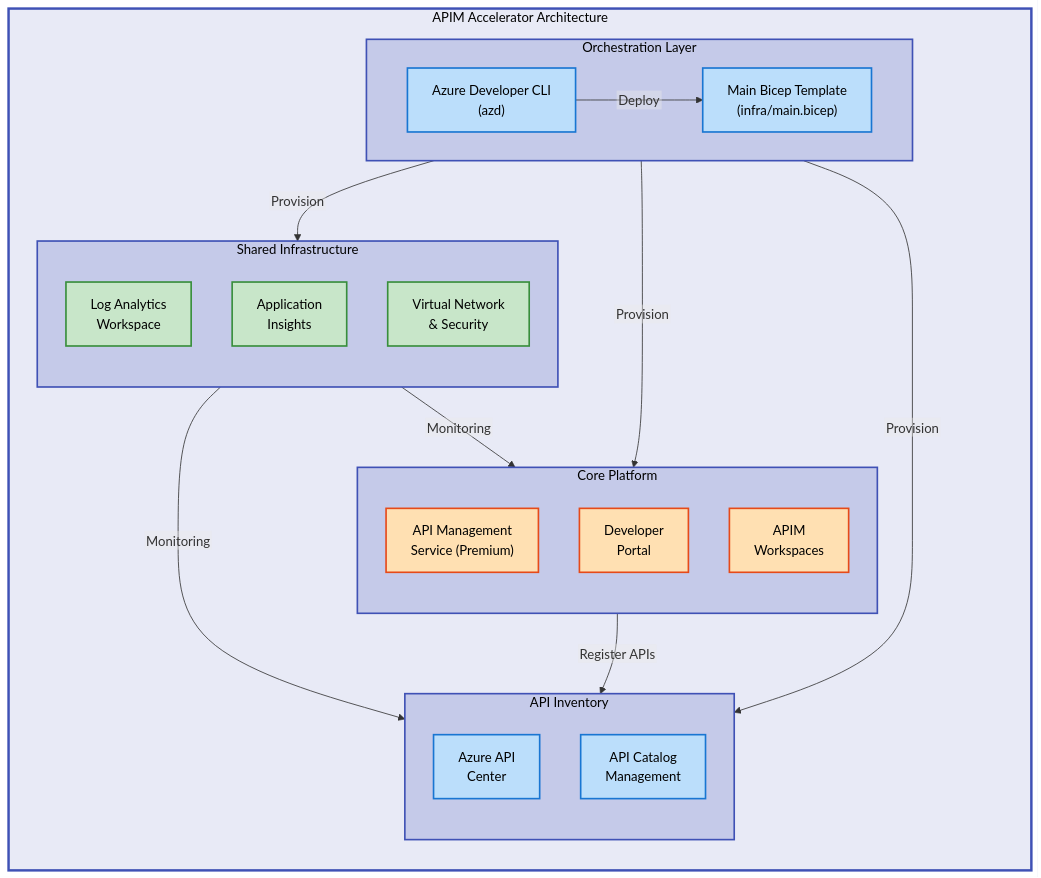
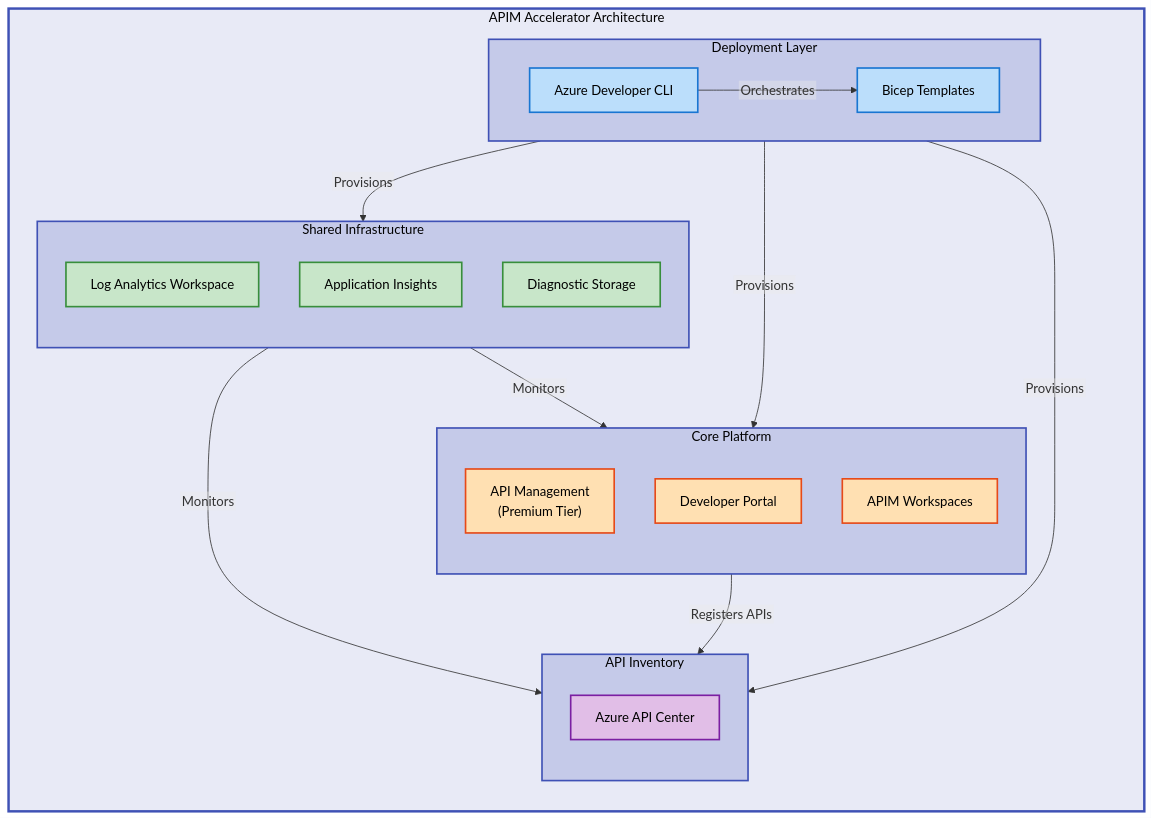
Before and after one commit to Evilazaro/APIM-Accelerator: the diagram in README.md, drawn with Mermaid. The commit also changed other lines of this file, not shown here.

Commit message:
Refine README.md for clarity and detail in project overview, architecture, and deployment instructions

````diff
--- a/README.md
+++ b/README.md
@@ -123,51 +123,51 @@
 ```mermaid
 %%{init: {"flowchart": {"htmlLabels": false}} }%%
 flowchart TB
     classDef mainGroup fill:#E8EAF6,stroke:#3F51B5,stroke-width:3px,color:#000
     classDef subGroup fill:#C5CAE9,stroke:#3F51B5,stroke-width:2px,color:#000
     classDef mdBlue fill:#BBDEFB,stroke:#1976D2,stroke-width:2px,color:#000
     classDef mdGreen fill:#C8E6C9,stroke:#388E3C,stroke-width:2px,color:#000
     classDef mdOrange fill:#FFE0B2,stroke:#E64A19,stroke-width:2px,color:#000
+    classDef mdPurple fill:#E1BEE7,stroke:#7B1FA2,stroke-width:2px,color:#000
 
     subgraph system["APIM Accelerator Architecture"]
         direction TB
 
-        subgraph orchestration["Orchestration Layer"]
+        subgraph deploy["Deployment Layer"]
             direction LR
-            azd["Azure Developer CLI<br/>(azd)"]:::mdBlue
-            bicep["Main Bicep Template<br/>(infra/main.bicep)"]:::mdBlue
+            azd["Azure Developer CLI"]:::mdBlue
+            bicep["Bicep Templates"]:::mdBlue
         end
 
         subgraph shared["Shared Infrastructure"]
             direction TB
-            logs["Log Analytics<br/>Workspace"]:::mdGreen
-            appins["Application<br/>Insights"]:::mdGreen
-            network["Virtual Network<br/>& Security"]:::mdGreen
+            logs["Log Analytics Workspace"]:::mdGreen
+            appins["Application Insights"]:::mdGreen
+            storage["Diagnostic Storage"]:::mdGreen
         end
 
         subgraph core["Core Platform"]
             direction TB
-            apim["API Management<br/>Service (Premium)"]:::mdOrange
-            portal["Developer<br/>Portal"]:::mdOrange
-            workspace["APIM<br/>Workspaces"]:::mdOrange
+            apim["API Management<br/>(Premium Tier)"]:::mdOrange
+            portal["Developer Portal"]:::mdOrange
+            workspace["APIM Workspaces"]:::mdOrange
         end
 
         subgraph inventory["API Inventory"]
             direction TB
-            apicenter["Azure API<br/>Center"]:::mdBlue
-            catalog["API Catalog<br/>Management"]:::mdBlue
+            apicenter["Azure API Center"]:::mdPurple
         end
 
-        azd -->|"Deploy"| bicep
-        bicep -->|"Provision"| shared
-        bicep -->|"Provision"| core
-        bicep -->|"Provision"| inventory
+        azd -->|"Orchestrates"| bicep
+        bicep -->|"Provisions"| shared
+        bicep -->|"Provisions"| core
+        bicep -->|"Provisions"| inventory
 
-        shared -->|"Monitoring"| core
-        shared -->|"Monitoring"| inventory
-        core -->|"Register APIs"| inventory
+        shared -->|"Monitors"| core
+        shared -->|"Monitors"| inventory
+        core -->|"Registers APIs"| inventory
     end
 
     class system mainGroup
-    class orchestration,shared,core,inventory subGroup
+    class deploy,shared,core,inventory subGroup
 ```
````
